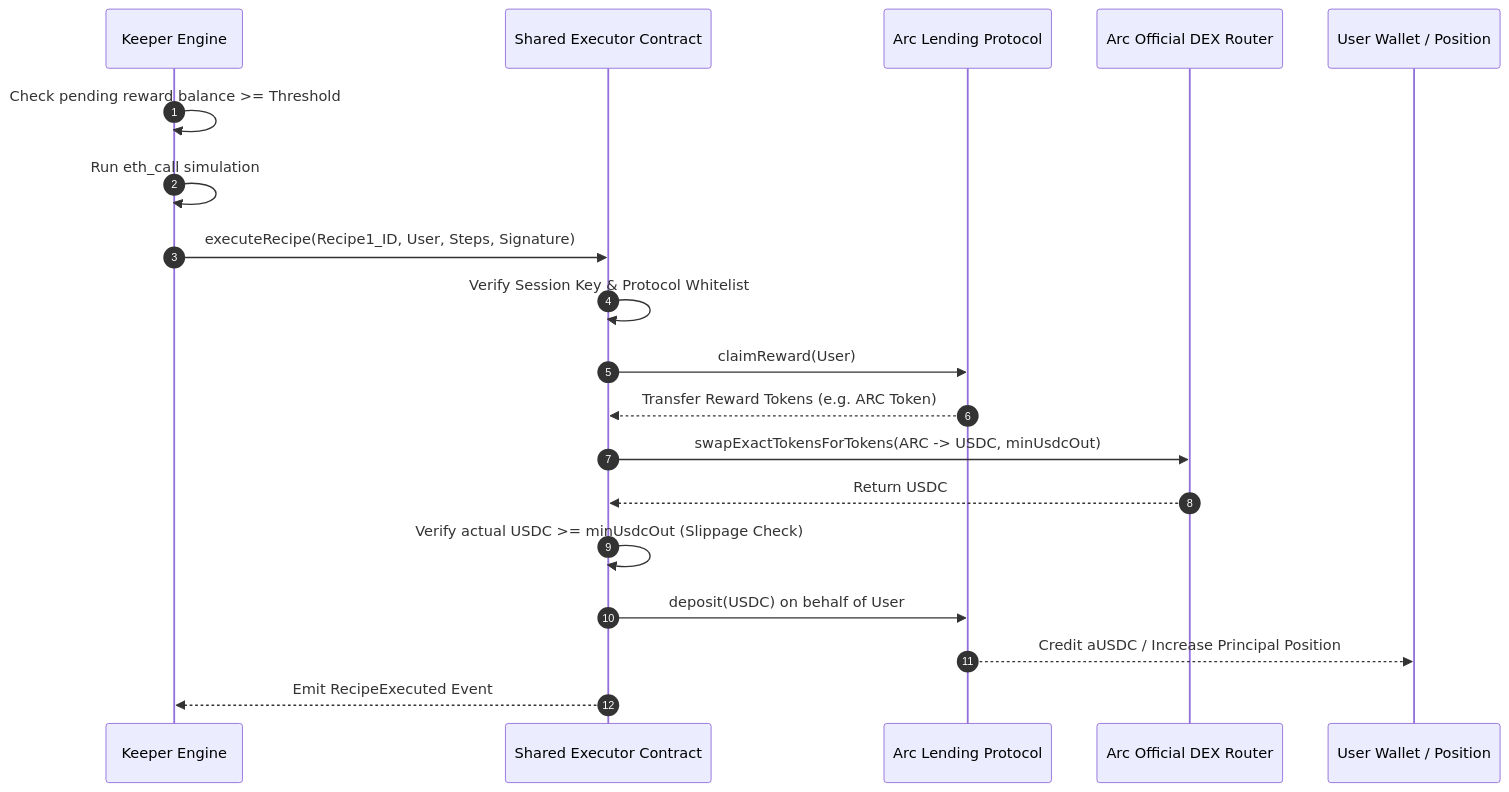
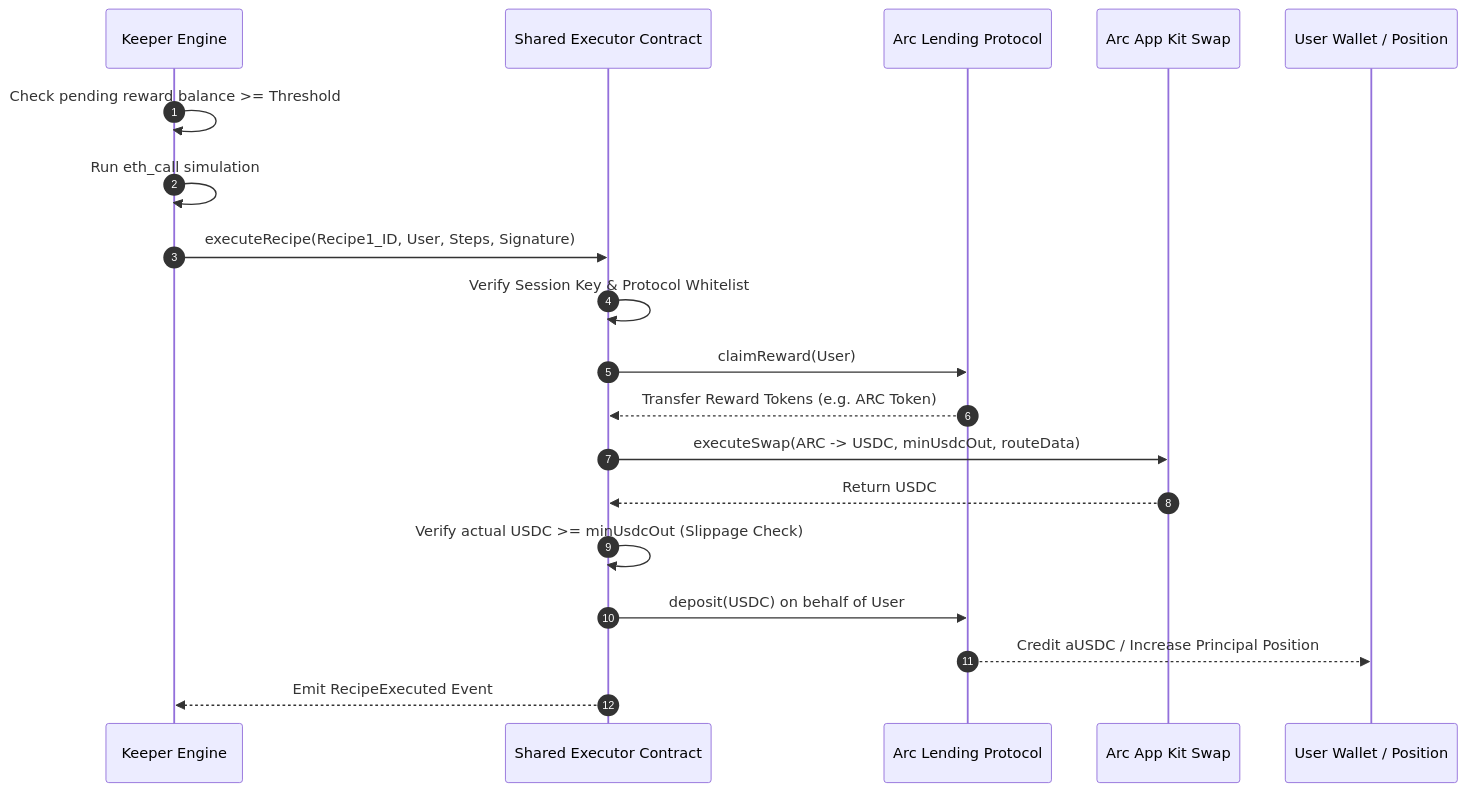
Before and after one commit to levantuy/DeFiRecipesonArc: the third of 5 diagrams in docs/features-spec.md, drawn with Mermaid. The commit also changed other lines of this file and 40 other files, not shown here.

First line of the commit message:
Migrate keeper DB layer and App Kit DCA

````diff
--- a/docs/features-spec.md
+++ b/docs/features-spec.md
@@ -196,22 +198,22 @@
 ```mermaid
 sequenceDiagram
     autonumber
     participant K as Keeper Engine
     participant SE as Shared Executor Contract
     participant AL as Arc Lending Protocol
-    participant DEX as Arc Official DEX Router
+    participant SWAP as Arc App Kit Swap
     participant U as User Wallet / Position
 
     K->>K: Check pending reward balance >= Threshold
     K->>K: Run eth_call simulation
     K->>SE: executeRecipe(Recipe1_ID, User, Steps, Signature)
     SE->>SE: Verify Session Key & Protocol Whitelist
     SE->>AL: claimReward(User)
     AL-->>SE: Transfer Reward Tokens (e.g. ARC Token)
-    SE->>DEX: swapExactTokensForTokens(ARC -> USDC, minUsdcOut)
-    DEX-->>SE: Return USDC
+    SE->>SWAP: executeSwap(ARC -> USDC, minUsdcOut, routeData)
+    SWAP-->>SE: Return USDC
     SE->>SE: Verify actual USDC >= minUsdcOut (Slippage Check)
     SE->>AL: deposit(USDC) on behalf of User
     AL-->>U: Credit aUSDC / Increase Principal Position
     SE-->>K: Emit RecipeExecuted Event
 ```
````
